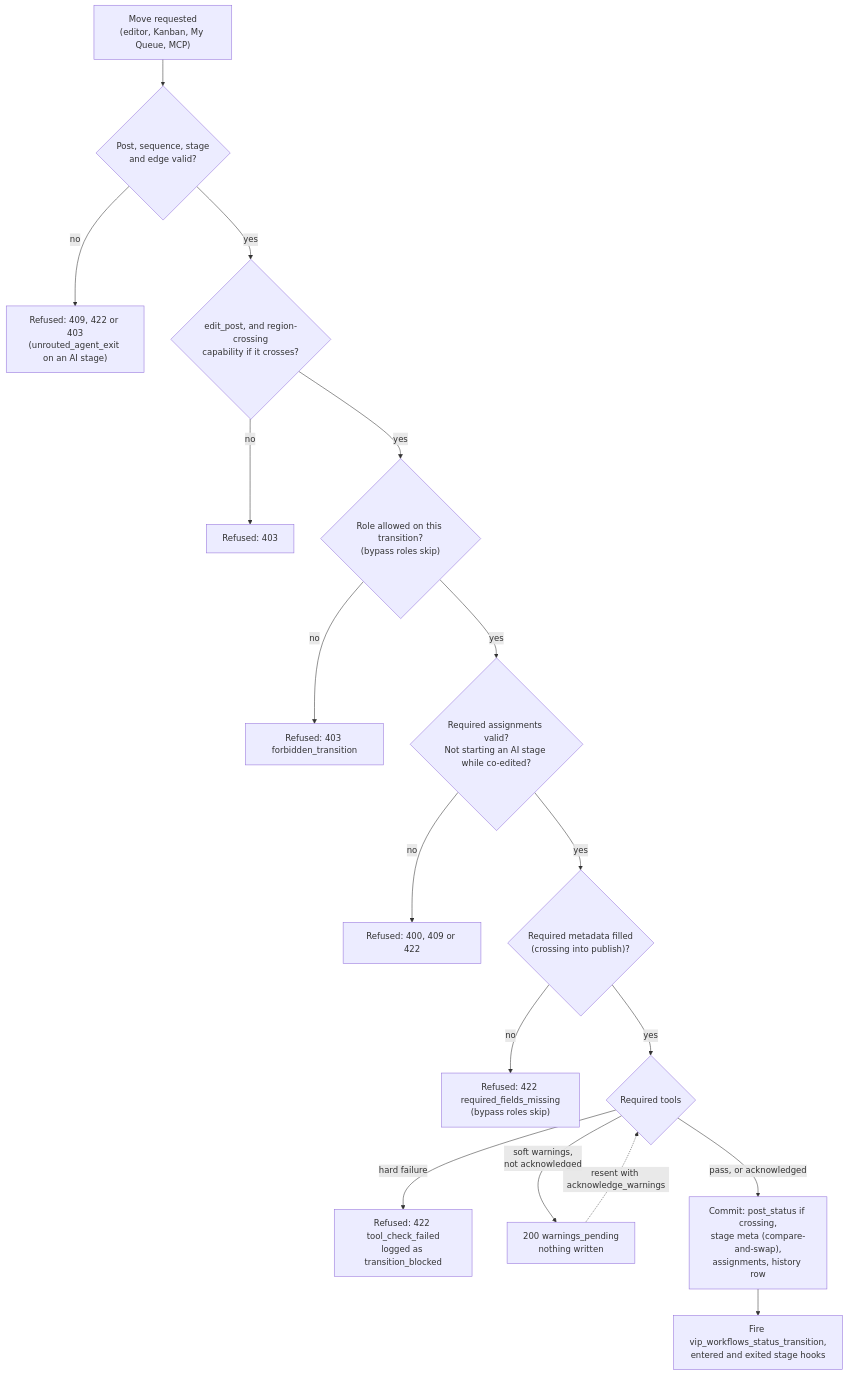
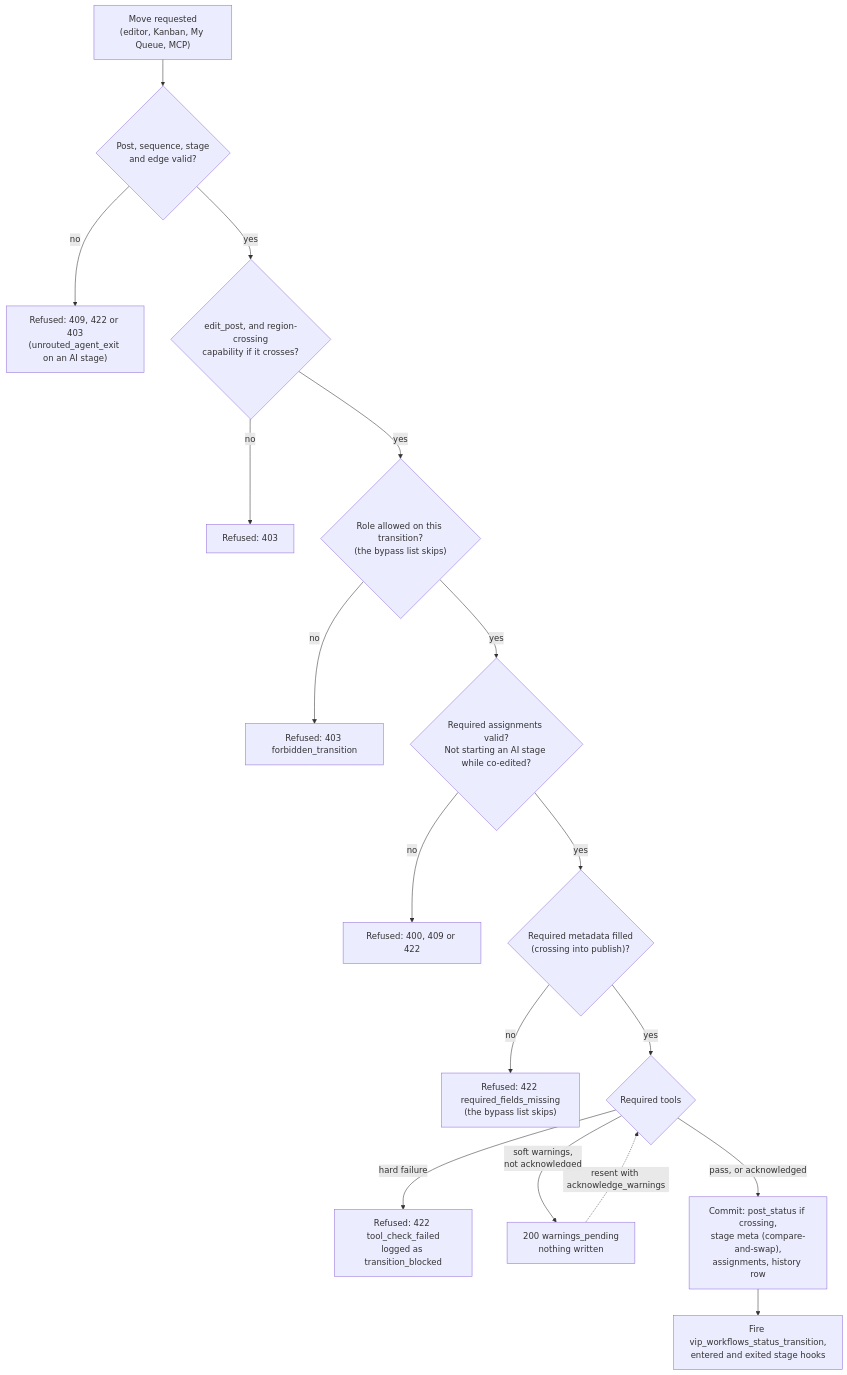
Before and after one commit to Automattic/vip-workflows: the fourth of 6 diagrams in docs/SPEC.md, drawn with Mermaid. The commit also changed other lines of this file, not shown here.

````diff
--- a/docs/SPEC.md
+++ b/docs/SPEC.md
@@ -531,19 +844,19 @@
 ```mermaid
 flowchart TD
   A["Move requested<br/>(editor, Kanban, My Queue, MCP)"] --> B{"Post, sequence, stage<br/>and edge valid?"}
   B -->|no| R1["Refused: 409, 422 or 403<br/>(unrouted_agent_exit on an AI stage)"]
   B -->|yes| C{"edit_post, and region-crossing<br/>capability if it crosses?"}
   C -->|no| R2["Refused: 403"]
-  C -->|yes| D{"Role allowed on this transition?<br/>(bypass roles skip)"}
+  C -->|yes| D{"Role allowed on this transition?<br/>(the bypass list skips)"}
   D -->|no| R3["Refused: 403 forbidden_transition"]
   D -->|yes| E{"Required assignments valid?<br/>Not starting an AI stage while co-edited?"}
   E -->|no| R4["Refused: 400, 409 or 422"]
   E -->|yes| F{"Required metadata filled<br/>(crossing into publish)?"}
-  F -->|no| R5["Refused: 422 required_fields_missing<br/>(bypass roles skip)"]
+  F -->|no| R5["Refused: 422 required_fields_missing<br/>(the bypass list skips)"]
   F -->|yes| G{"Required tools"}
   G -->|"hard failure"| R6["Refused: 422 tool_check_failed<br/>logged as transition_blocked"]
   G -->|"soft warnings,<br/>not acknowledged"| W["200 warnings_pending<br/>nothing written"]
   W -.->|"resent with acknowledge_warnings"| G
   G -->|"pass, or acknowledged"| H["Commit: post_status if crossing,<br/>stage meta (compare-and-swap),<br/>assignments, history row"]
   H --> I["Fire vip_workflows_status_transition,<br/>entered and exited stage hooks"]
 ```
````
